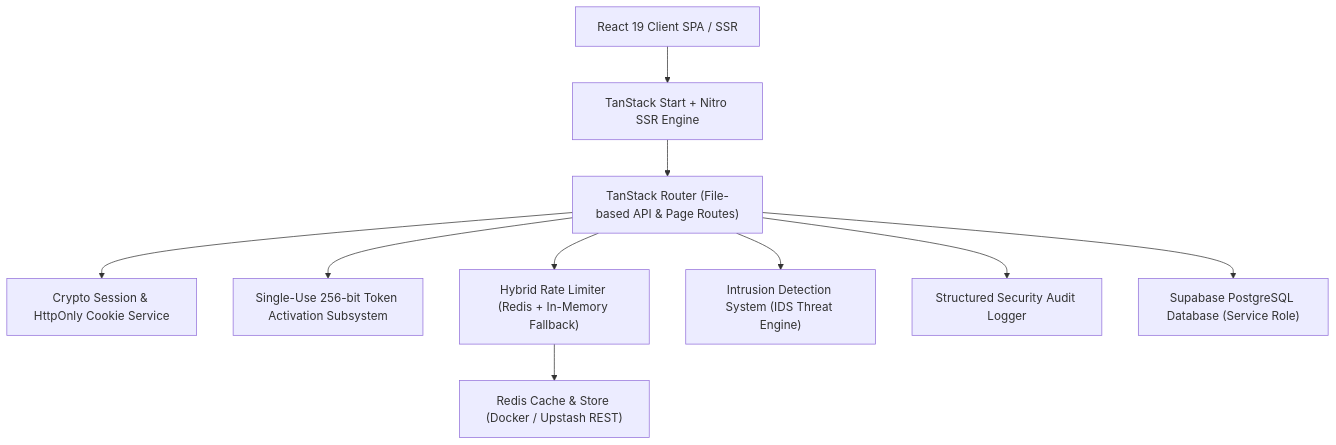
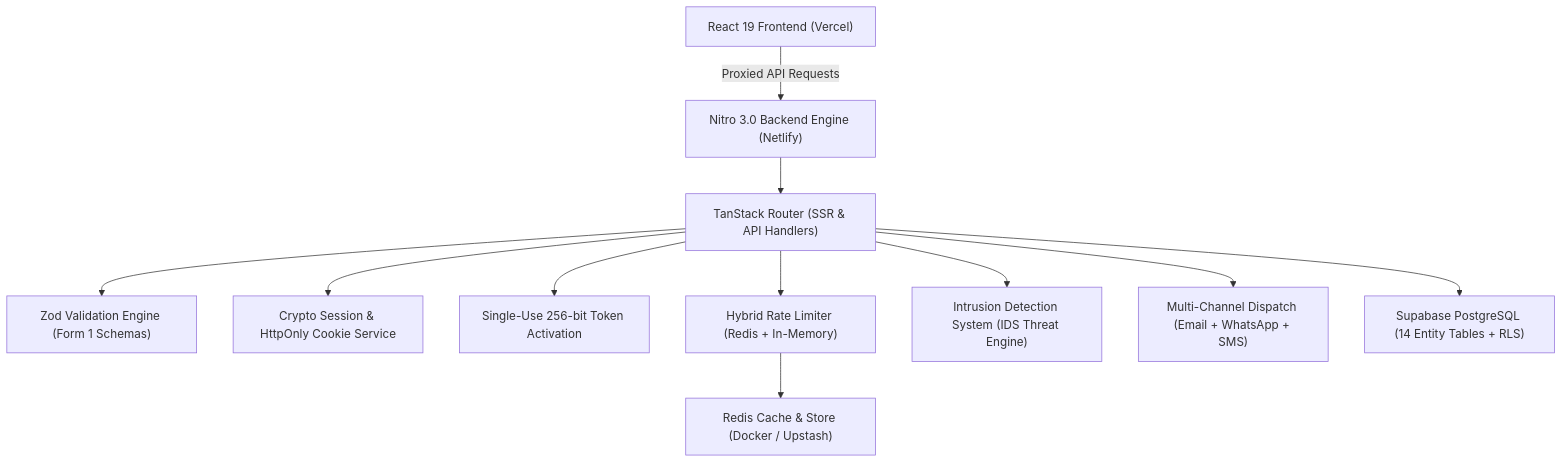
One commit to Hellthefox808/NCC-CRM-V1.0 changed the diagram in README.md. Above: the diagram before and after it, drawn with Mermaid. The commit also changed other lines of this file, not shown here.

Commit message:
docs: enhance README with live deployments, 18-digit App No workflow, dual-host architecture, and updated test suite

````diff
--- a/README.md
+++ b/README.md
@@ -18,22 +28,25 @@
 ```mermaid
 graph TD
-    CLIENT["React 19 Client SPA / SSR"]
-    START["TanStack Start + Nitro SSR Engine"]
-    ROUTER["TanStack Router (File-based API & Page Routes)"]
+    CLIENT["React 19 Frontend (Vercel)"]
+    NETLIFY["Nitro 3.0 Backend Engine (Netlify)"]
+    ROUTER["TanStack Router (SSR & API Handlers)"]
+    VALIDATION["Zod Validation Engine (Form 1 Schemas)"]
     AUTH["Crypto Session & HttpOnly Cookie Service"]
-    ACTIVATION["Single-Use 256-bit Token Activation Subsystem"]
-    LIMITER["Hybrid Rate Limiter (Redis + In-Memory Fallback)"]
+    ACTIVATION["Single-Use 256-bit Token Activation"]
+    LIMITER["Hybrid Rate Limiter (Redis + In-Memory)"]
     IDS["Intrusion Detection System (IDS Threat Engine)"]
-    REDIS["Redis Cache & Store (Docker / Upstash REST)"]
-    AUDIT["Structured Security Audit Logger"]
-    SUPABASE["Supabase PostgreSQL Database (Service Role)"]
+    NOTIFICATIONS["Multi-Channel Dispatch (Email + WhatsApp + SMS)"]
+    SUPABASE["Supabase PostgreSQL (14 Entity Tables + RLS)"]
+    REDIS["Redis Cache & Store (Docker / Upstash)"]
 
-    CLIENT --> START --> ROUTER
+    CLIENT -->|Proxied API Requests| NETLIFY
+    NETLIFY --> ROUTER
+    ROUTER --> VALIDATION
     ROUTER --> AUTH
     ROUTER --> ACTIVATION
     ROUTER --> LIMITER
     ROUTER --> IDS
+    ROUTER --> NOTIFICATIONS
+    ROUTER --> SUPABASE
     LIMITER --> REDIS
-    ROUTER --> AUDIT
-    ROUTER --> SUPABASE
 ```
````
